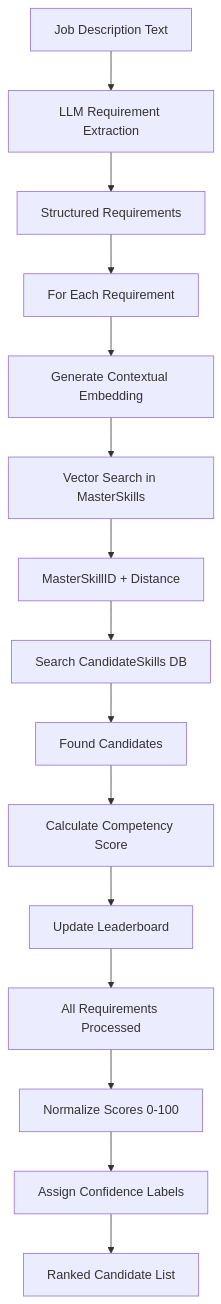
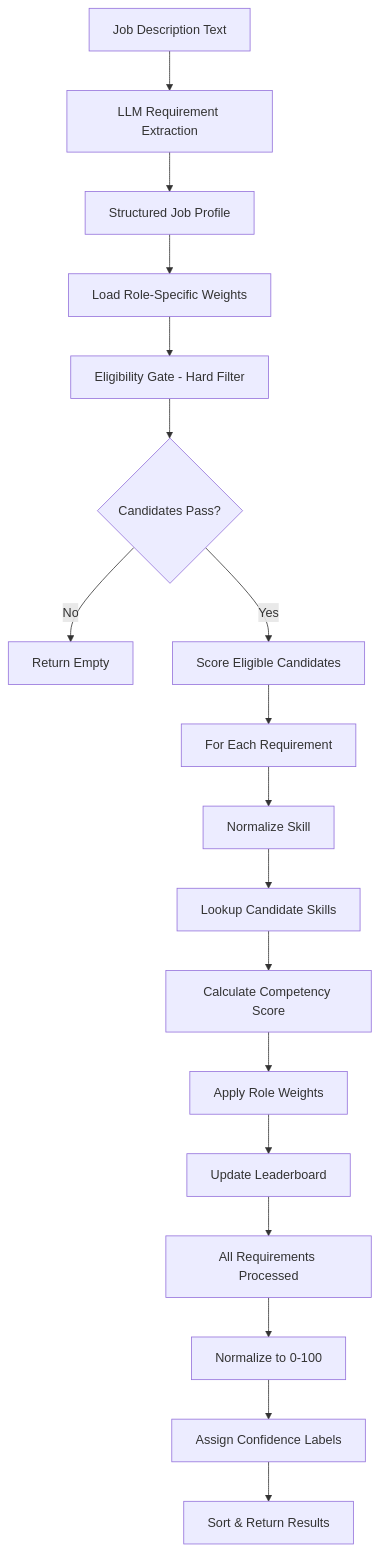
The diagram in architecture/02_employer_matching_system_architecture.md (anvaya/Questpond.AIML.Cohort2.Python), drawn with Mermaid before and after one commit. The commit also changed other lines of this file and 72 other files, not shown here.

First line of the commit message:
Bulk Architectural Updates.

````diff
--- a/architecture/02_employer_matching_system_architecture.md
+++ b/architecture/02_employer_matching_system_architecture.md
@@ -13,17 +13,20 @@
 ```mermaid
 graph TD
     A[Job Description Text] --> B[LLM Requirement Extraction]
-    B --> C[Structured Requirements]
-    C --> D[For Each Requirement]
-    D --> E[Generate Contextual Embedding]
-    E --> F[Vector Search in MasterSkills]
-    F --> G[MasterSkillID + Distance]
-    G --> H[Search CandidateSkills DB]
-    H --> I[Found Candidates]
-    I --> J[Calculate Competency Score]
-    J --> K[Update Leaderboard]
-    K --> L[All Requirements Processed]
-    L --> M[Normalize Scores 0-100]
-    M --> N[Assign Confidence Labels]
-    N --> O[Ranked Candidate List]
+    B --> C[Structured Job Profile]
+    C --> D[Load Role-Specific Weights]
+    D --> E[Eligibility Gate - Hard Filter]
+    E --> F{Candidates Pass?}
+    F -->|No| G[Return Empty]
+    F -->|Yes| H[Score Eligible Candidates]
+    H --> I[For Each Requirement]
+    I --> J[Normalize Skill]
+    J --> K[Lookup Candidate Skills]
+    K --> L[Calculate Competency Score]
+    L --> M[Apply Role Weights]
+    M --> N[Update Leaderboard]
+    N --> O[All Requirements Processed]
+    O --> P[Normalize to 0-100]
+    P --> Q[Assign Confidence Labels]
+    Q --> R[Sort & Return Results]
 ```
````
